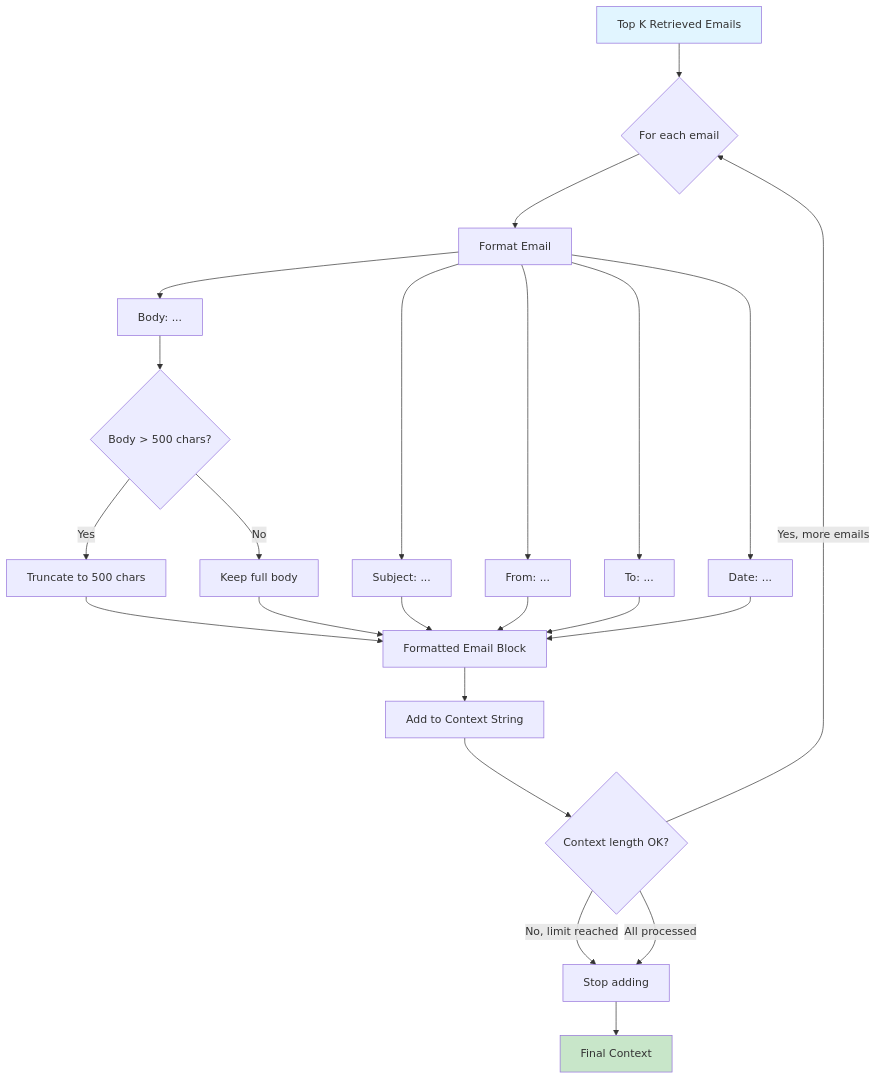
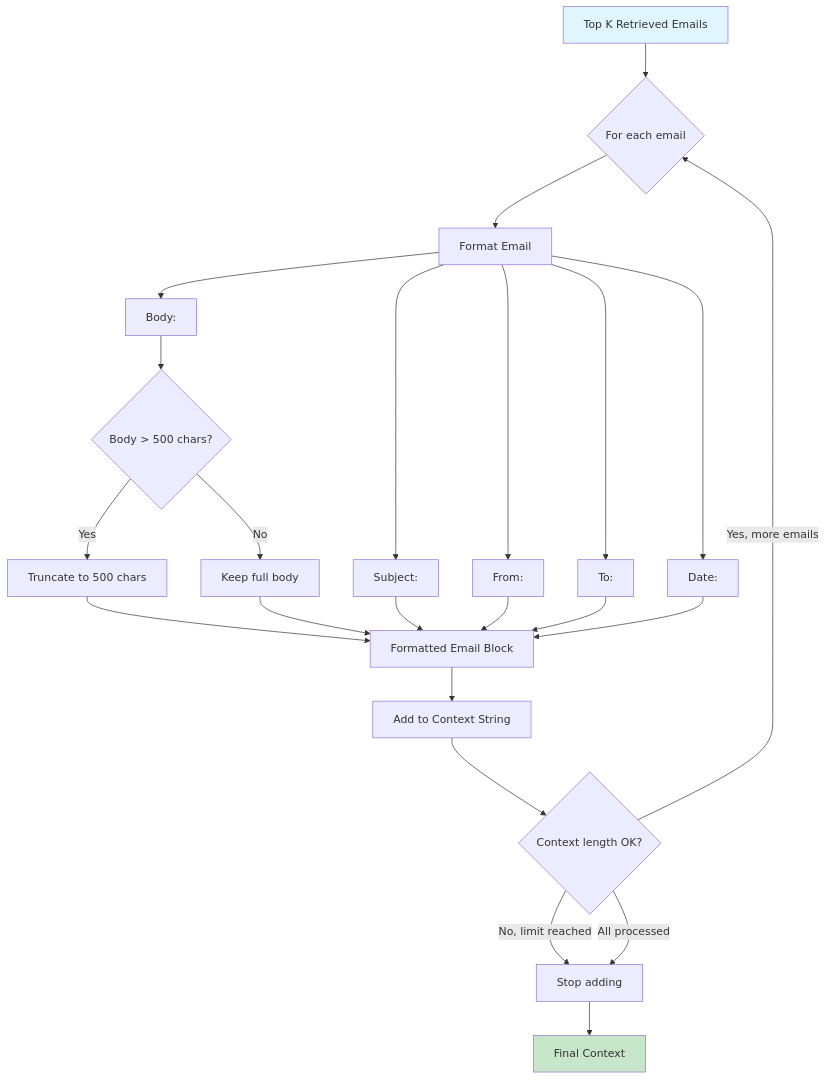
Before and after one commit to RishbhaJain/Ask-Your-Emails: diagram 13 of 21 in ARCHITECTURE.md, drawn with Mermaid. The commit also changed other lines of this file and 9 other files, not shown here.

````diff
--- a/ARCHITECTURE.md
+++ b/ARCHITECTURE.md
@@ -627,34 +627,34 @@
 ```mermaid
 flowchart TD
     A[Top K Retrieved Emails] --> B{For each email}
 
     B --> C[Format Email]
-    C --> D[Subject: ...]
-    C --> E[From: ...]
-    C --> F[To: ...]
-    C --> G[Date: ...]
-    C --> H[Body: ...]
+    C --> D[Subject:  ]
+    C --> E[From:  ]
+    C --> F[To:  ]
+    C --> G[Date:  ]
+    C --> H[Body:  ]
 
     H --> I{Body > 500 chars?}
     I -->|Yes| J[Truncate to 500 chars]
     I -->|No| K[Keep full body]
 
     J --> L[Formatted Email Block]
     K --> L
     D --> L
     E --> L
     F --> L
     G --> L
 
     L --> M[Add to Context String]
     M --> N{Context length OK?}
 
     N -->|Yes, more emails| B
     N -->|No, limit reached| O[Stop adding]
     N -->|All processed| O
 
     O --> P[Final Context]
 
     style A fill:#e1f5ff
     style P fill:#c8e6c9
 ```
````
